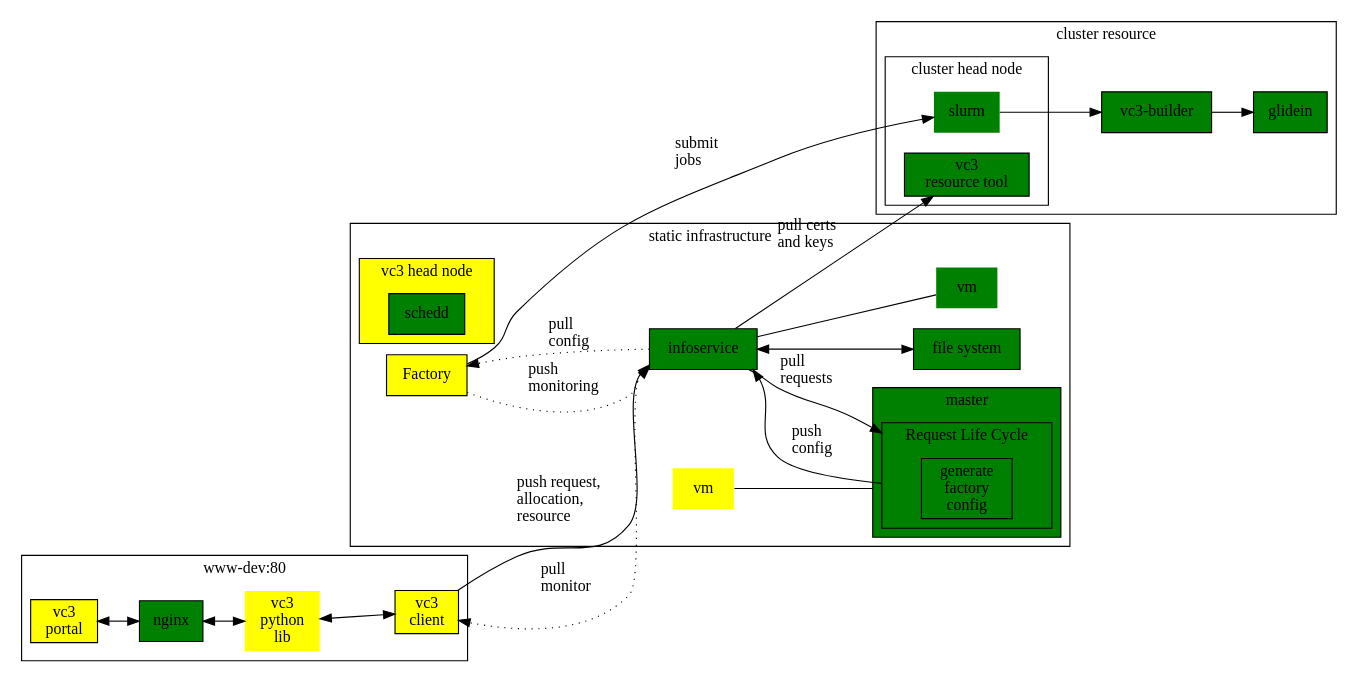
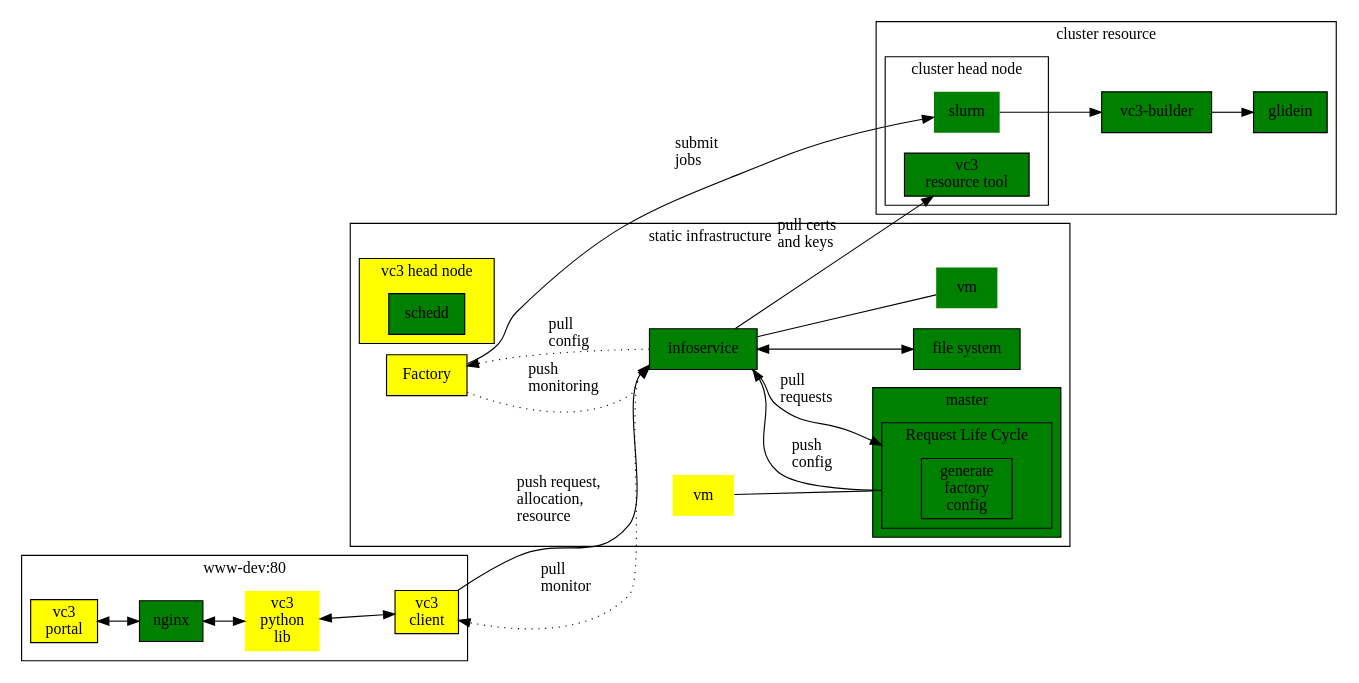
Before and after one commit to vc3-project/vc3-docs: the diagram in diagrams/all_semaphore_092017.dot, drawn with Graphviz.

Commit message:
better placement

```diff
--- a/diagrams/all_semaphore_092017.dot
+++ b/diagrams/all_semaphore_092017.dot
@@ -1,100 +1,100 @@
 digraph vc3 {
     compound    = true;
     #concentrate = true;
     labelloc    = "tl";
     rankdir     = "LR";
 
     node [shape=box, style=filled];
 
 
     subgraph cluster_web {
         label = "www-dev:80";
 
         nginx         [fillcolor=green];
         vc3lib_web    [label = "vc3\npython\nlib"][shape="none"][fillcolor = yellow];
         vc3client_web [label = "vc3\nclient"][fillcolor = yellow];
 
         portal        [label = "vc3\nportal"][fillcolor = yellow];
 
         nginx         -> vc3lib_web    [dir = both];
         vc3lib_web    -> vc3client_web [dir = both];
 
         portal        -> nginx         [dir = both];
     }
 
     subgraph cluster_static {
         label = "static infrastructure";
 
         vmmaster     [label = "vm"][shape = none][fillcolor = yellow];
         apf          [label = "Factory"][fillcolor = yellow];
 
         subgraph cluster_infoservice {
             label     = "";
             style     = invis;
             infoservice  [fillcolor = green];
             fsinfo       [label="file system"][fillcolor = green];
             vminfo       [label = "vm"][shape = none][fillcolor = green];
 
             infoservice  -> vminfo  [dir = none];
             infoservice  -> fsinfo  [dir = both];
         }
 
         subgraph cluster_headnode {
             style     = filled;
             fillcolor = yellow;
 
             label = "vc3 head node";
             
             schedd [ label = "schedd" ][ fillcolor = "green" ];
         }
 
         subgraph cluster_master {
             style     = filled;
             fillcolor = green;
 
             label = "master";
 
             subgraph cluster_request_lc
                 {
                     label = "Request Life Cycle";
                     fillcolor = green;
                     genconf [label = "generate\nfactory\nconfig"][fillcolor = green];
                 }
         }
 
-        infoservice  -> genconf      [label = "pull\lrequests\l", lhead = cluster_request_lc];
+        infoservice  -> genconf      [label = "\npull\lrequests\l", lhead = cluster_request_lc];
         genconf      -> infoservice  [label = "push\lconfig\l", ltail = cluster_request_lc];
 
         infoservice  -> apf         [label = "pull\lconfig\l"][style = dotted];
         apf          -> infoservice [label = "push\lmonitoring\l"][style = dotted];
 
         vmmaster     -> genconf     [lhead = cluster_master][dir = none];
     }
 
     subgraph cluster_dynamic {
         label = "dynamic infrastructure";
     }
 
     subgraph cluster_resource {
         label = "cluster resource";
 
         subgraph cluster_resource_head_node {
             label = "cluster head node";
             vc3resourcetool [label = "vc3\nresource tool"][fillcolor = green];
             slurm           [shape = none][fillcolor = green];
         }
 
         vc3builder   [label = "vc3-builder"][fillcolor = green];
         glidein      [fillcolor = green];
 
         slurm        -> vc3builder;
         vc3builder   -> glidein;
     }
 
     vc3client_web -> infoservice   [ label = "push request,\lallocation,\lresource\l" ];
     infoservice   -> vc3client_web [ label = "pull\lmonitor\l" ][style = dotted];
 
     apf          -> slurm       [label = "\n\nsubmit\ljobs\l"];
 
     infoservice -> vc3resourcetool [label = "\n\n\npull certs\land keys\l"];
 }
```
